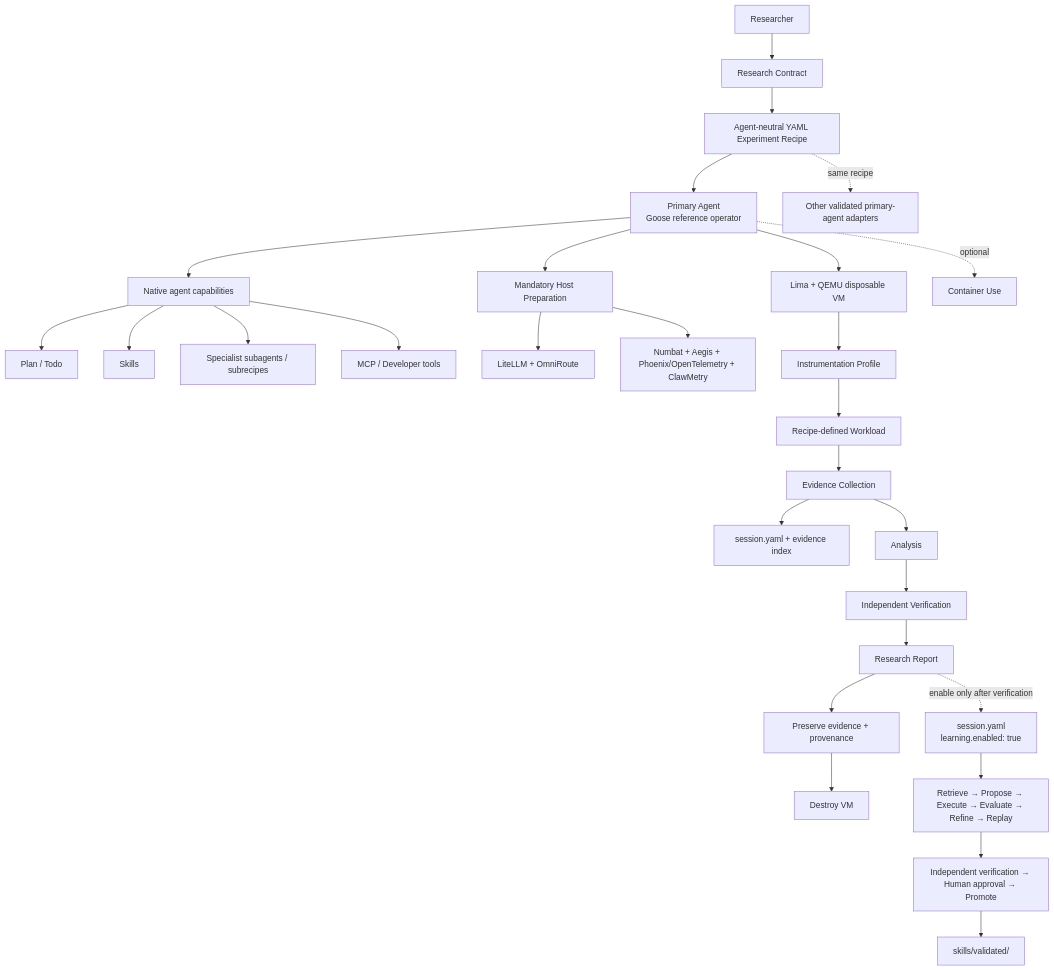
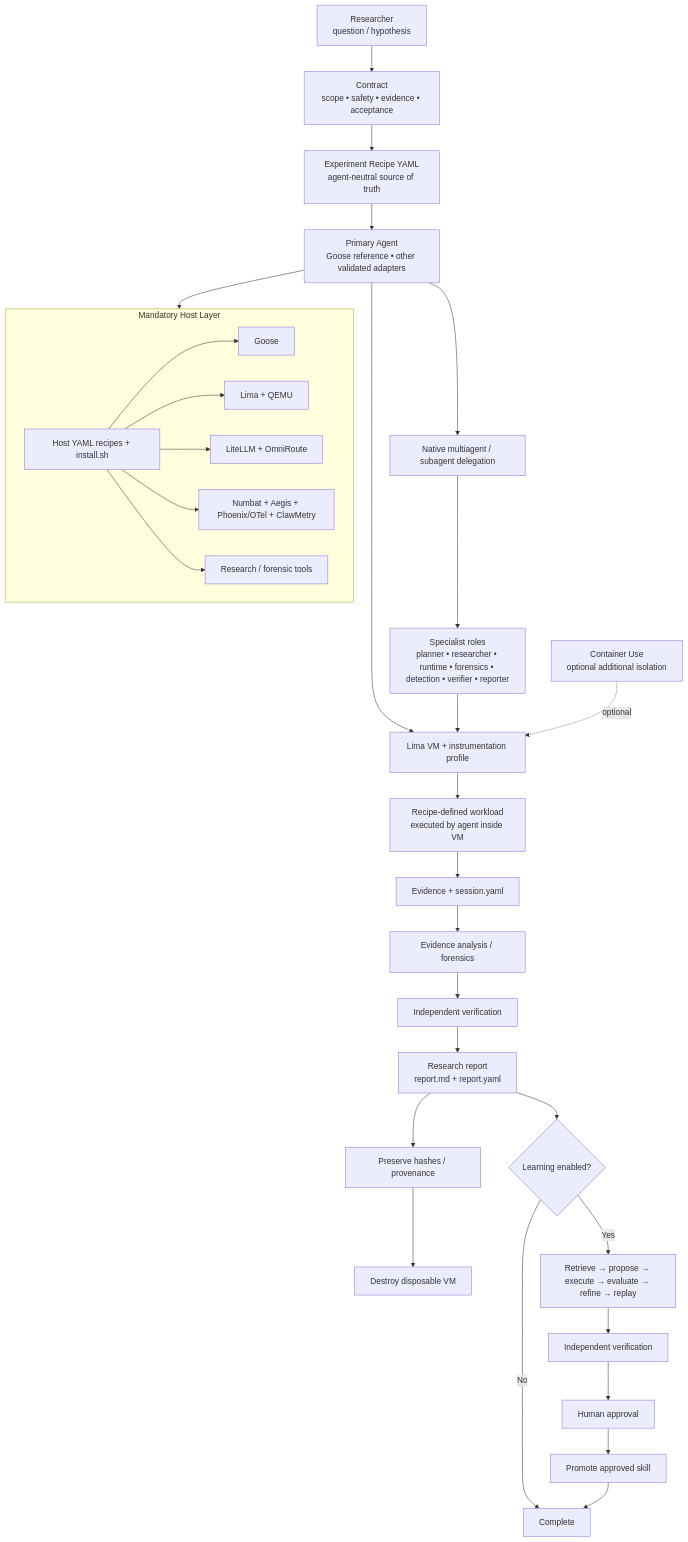
One commit to Opposum0112/Cusimanse changed the diagram in docs/architecture/cusimanse-architecture.mmd. Above: the diagram before and after it, drawn with Mermaid.

Commit message:
docs: align architecture flow with experiment lifecycle

```diff
--- a/docs/architecture/cusimanse-architecture.mmd
+++ b/docs/architecture/cusimanse-architecture.mmd
@@ -1,28 +1,39 @@
-flowchart TD
-  R[Researcher] --> C[Research Contract]
-  C --> E[Agent-neutral YAML Experiment Recipe]
-  E --> G[Primary Agent<br/>Goose reference operator]
-  E -.same recipe.-> OA[Other validated primary-agent adapters]
-  G --> N[Native agent capabilities]
-  N --> P[Plan / Todo]
-  N --> S[Skills]
-  N --> SS[Specialist subagents / subrecipes]
-  N --> M[MCP / Developer tools]
-  G --> H[Mandatory Host Preparation]
-  H --> GW[LiteLLM + OmniRoute]
-  H --> OB[Numbat + Aegis + Phoenix/OpenTelemetry + ClawMetry]
-  G --> VM[Lima + QEMU disposable VM]
-  VM --> I[Instrumentation Profile]
-  I --> W[Recipe-defined Workload]
-  W --> EVID[Evidence Collection]
-  EVID --> ST[session.yaml + evidence index]
-  EVID --> AN[Analysis]
-  AN --> V[Independent Verification]
-  V --> RR[Research Report]
-  RR --> PR[Preserve evidence + provenance]
-  PR --> D[Destroy VM]
-  G -. optional .-> CU[Container Use]
-  RR -. enable only after verification .-> L[session.yaml<br/>learning.enabled: true]
-  L --> LR[Retrieve → Propose → Execute → Evaluate → Refine → Replay]
-  LR --> LV[Independent verification → Human approval → Promote]
-  LV --> SK[skills/validated/]
+flowchart TB
+    R[Researcher<br/>question / hypothesis] --> C[Contract<br/>scope • safety • evidence • acceptance]
+    C --> E[Experiment Recipe YAML<br/>agent-neutral source of truth]
+    E --> A[Primary Agent<br/>Goose reference • other validated adapters]
+
+    subgraph HOST[Mandatory Host Layer]
+      H1[Goose]
+      H2[Lima + QEMU]
+      H3[LiteLLM + OmniRoute]
+      H4[Numbat + Aegis + Phoenix/OTel + ClawMetry]
+      H5[Research / forensic tools]
+      H6[Host YAML recipes + install.sh]
+    end
+    H6 --> H1
+    H6 --> H2
+    H6 --> H3
+    H6 --> H4
+    H6 --> H5
+    A --> HOST
+
+    A --> S[Native multiagent / subagent delegation]
+    S --> ROLES[Specialist roles<br/>planner • researcher • runtime • forensics • detection • verifier • reporter]
+    A --> X[Lima VM + instrumentation profile]
+    ROLES --> X
+    X --> W[Recipe-defined workload<br/>executed by agent inside VM]
+    W --> EV[Evidence + session.yaml]
+    EV --> AN[Evidence analysis / forensics]
+    AN --> V[Independent verification]
+    V --> RP[Research report<br/>report.md + report.yaml]
+    RP --> P[Preserve hashes / provenance]
+    P --> D[Destroy disposable VM]
+    RP --> L{Learning enabled?}
+    L -- No --> END[Complete]
+    L -- Yes --> LW[Retrieve → propose → execute → evaluate → refine → replay]
+    LW --> IV[Independent verification]
+    IV --> HA[Human approval]
+    HA --> PR[Promote approved skill]
+    PR --> END
+    CU[Container Use<br/>optional additional isolation] -. optional .-> X
```
